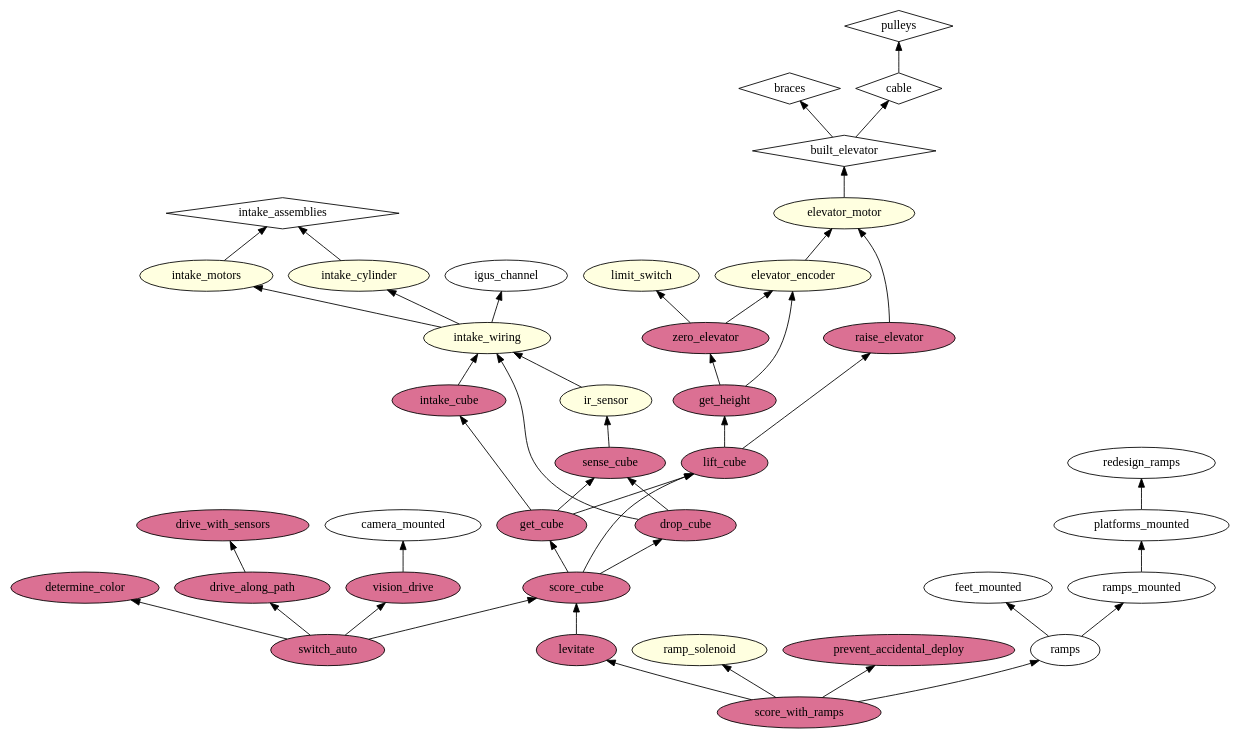
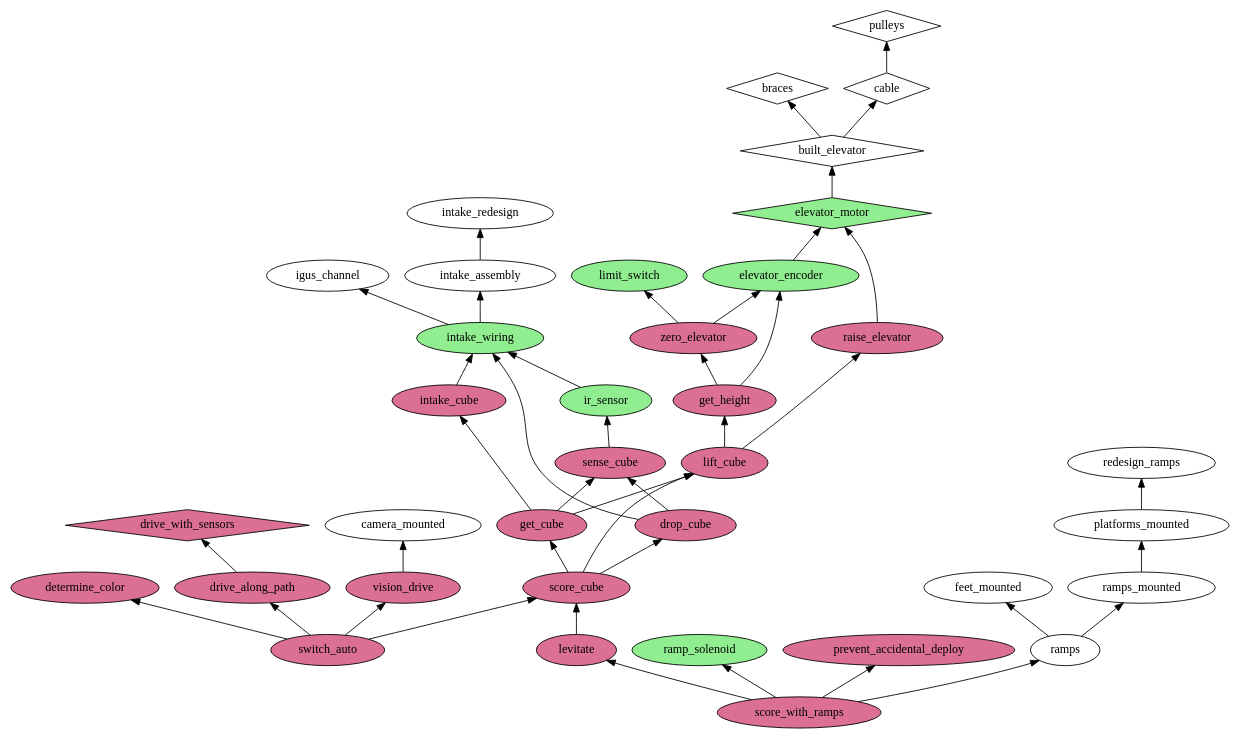
Before and after one commit to AmpdRobotics/PowerUp: the diagram in powerupDependencyGraph.dot, drawn with Graphviz.

```diff
--- a/powerupDependencyGraph.dot
+++ b/powerupDependencyGraph.dot
@@ -1,59 +1,65 @@
 digraph g {
 	rankdir=BT
 	ordering=out
 	subgraph programming {
 		node[style=filled, fillcolor=palevioletred]
-		score_cube; get_cube; lift_cube; drop_cube; intake_cube; sense_cube; get_height; zero_elevator; raise_elevator; switch_auto; determine_color; drive_along_path; drive_with_sensors; vision_drive; score_with_ramps; prevent_accidental_deploy; levitate;
+		score_cube; get_cube; lift_cube; drop_cube; intake_cube; sense_cube; get_height; zero_elevator; raise_elevator; switch_auto; determine_color; drive_along_path; vision_drive; score_with_ramps; prevent_accidental_deploy; levitate;
 	}
 	subgraph electrical {
-		node[style=filled, fillcolor=lightyellow]
-		intake_wiring; intake_motors; intake_cylinder; ir_sensor; limit_switch; elevator_encoder; elevator_motor; ramp_solenoid
+		node[style=filled, fillcolor=lightgreen]
+		intake_wiring; ir_sensor; limit_switch; elevator_encoder; ramp_solenoid
 	}
 	subgraph complete {
 		node[shape=diamond]
-		pulleys; cable; braces; built_elevator; intake_assemblies
+		pulleys; cable; braces; built_elevator;
 	}
+        subgraph complete_electrical {
+                node[style=filled, fillcolor=lightgreen, shape=diamond]
+                elevator_motor;
+        }
+        subgraph complete_programming {
+                node[style=filled, fillcolor=palevioletred, shape=diamond]
+                drive_with_sensors;
+        }
 	score_cube -> get_cube
 	score_cube -> lift_cube
 	score_cube -> drop_cube
 	get_cube -> intake_cube
 	get_cube -> sense_cube
 	get_cube -> lift_cube
 	lift_cube -> get_height
 	lift_cube -> raise_elevator
 	built_elevator -> braces
 	built_elevator -> cable
 	cable -> pulleys
 	raise_elevator -> elevator_motor
 	elevator_motor -> built_elevator
 	get_height -> zero_elevator
 	zero_elevator -> limit_switch
 	get_height -> elevator_encoder
 	elevator_encoder -> elevator_motor
 	zero_elevator -> elevator_encoder
 	intake_cube -> intake_wiring
-	intake_motors -> intake_assemblies
-	intake_cylinder -> intake_assemblies
-	intake_wiring -> intake_motors
-	intake_wiring -> intake_cylinder
-	intake_wiring -> igus_channel
+        intake_wiring -> igus_channel
+	intake_wiring -> intake_assembly
+	intake_assembly -> intake_redesign
 	sense_cube -> ir_sensor
 	ir_sensor -> intake_wiring
 	drop_cube -> intake_wiring
 	drop_cube -> sense_cube
 	switch_auto -> determine_color
 	switch_auto -> drive_along_path
 	switch_auto -> vision_drive
 	switch_auto -> score_cube
 	vision_drive -> camera_mounted
 	drive_along_path -> drive_with_sensors
 	score_with_ramps -> levitate
 	score_with_ramps -> ramp_solenoid
 	score_with_ramps -> prevent_accidental_deploy
 	score_with_ramps -> ramps
 	ramps -> feet_mounted
 	ramps -> ramps_mounted
 	ramps_mounted -> platforms_mounted
 	platforms_mounted -> redesign_ramps
 	levitate -> score_cube
 }
```
